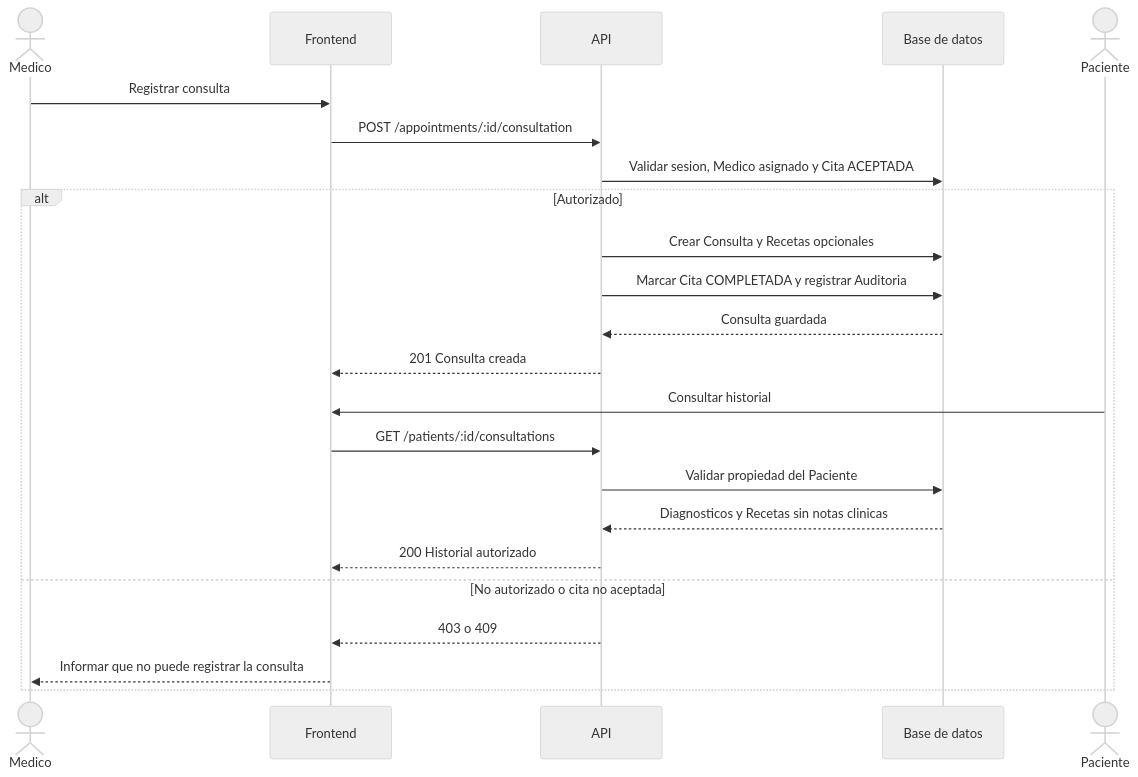
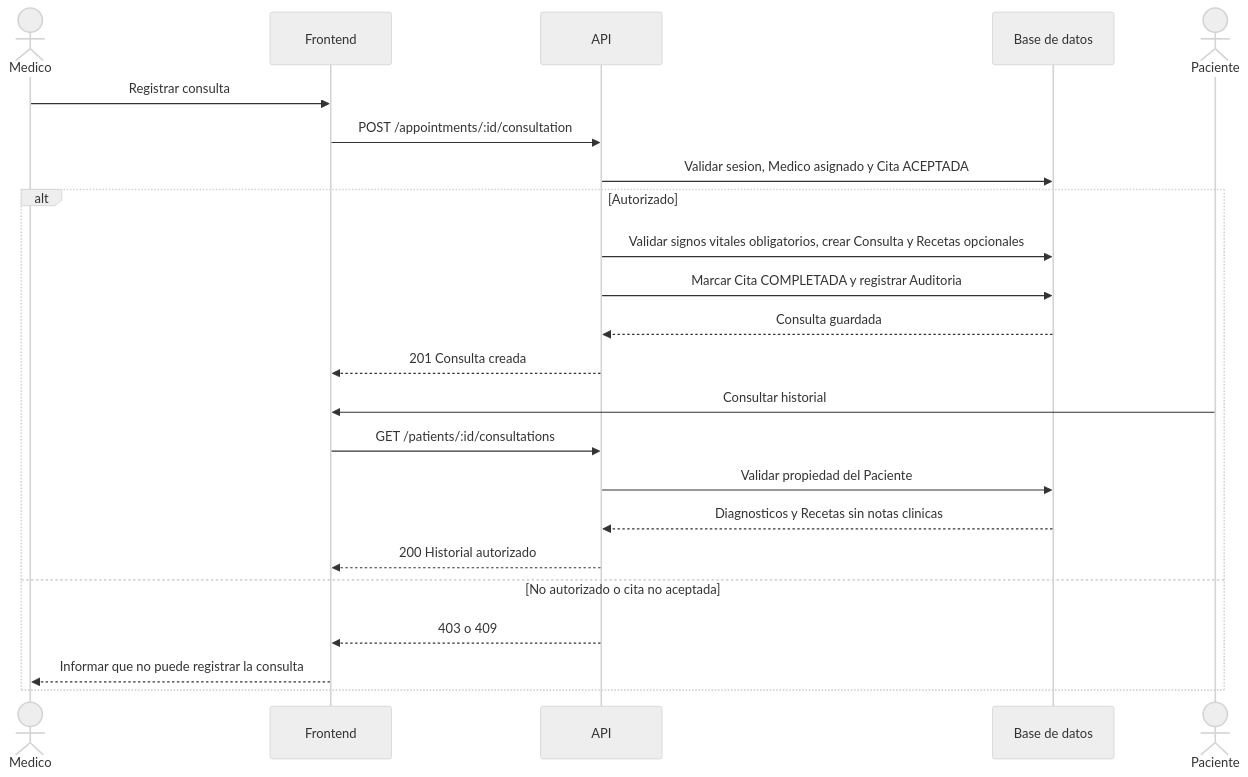
The second of 2 diagrams in docs/02-diseno/005-diagramas-secuencia.md (ivaaa546/clinica-inteligente), drawn with Mermaid (neutral theme) before and after one commit. The commit also changed other lines of this file and 11 other files, not shown here.

````diff
--- a/docs/02-diseno/005-diagramas-secuencia.md
+++ b/docs/02-diseno/005-diagramas-secuencia.md
@@ -35,26 +40,26 @@
 ```mermaid
 sequenceDiagram
     actor Medico
     participant UI as Frontend
     participant API as API
     participant DB as Base de datos
     actor Paciente
 
     Medico->>UI: Registrar consulta
     UI->>API: POST /appointments/:id/consultation
-    API->>DB: Validar sesion, Medico asignado y Cita ACEPTADA
+        API->>DB: Validar sesion, Medico asignado y Cita ACEPTADA
     alt Autorizado
-        API->>DB: Crear Consulta y Recetas opcionales
+        API->>DB: Validar signos vitales obligatorios, crear Consulta y Recetas opcionales
         API->>DB: Marcar Cita COMPLETADA y registrar Auditoria
         DB-->>API: Consulta guardada
         API-->>UI: 201 Consulta creada
         Paciente->>UI: Consultar historial
         UI->>API: GET /patients/:id/consultations
         API->>DB: Validar propiedad del Paciente
         DB-->>API: Diagnosticos y Recetas sin notas clinicas
         API-->>UI: 200 Historial autorizado
     else No autorizado o cita no aceptada
         API-->>UI: 403 o 409
         UI-->>Medico: Informar que no puede registrar la consulta
     end
 ```
````
